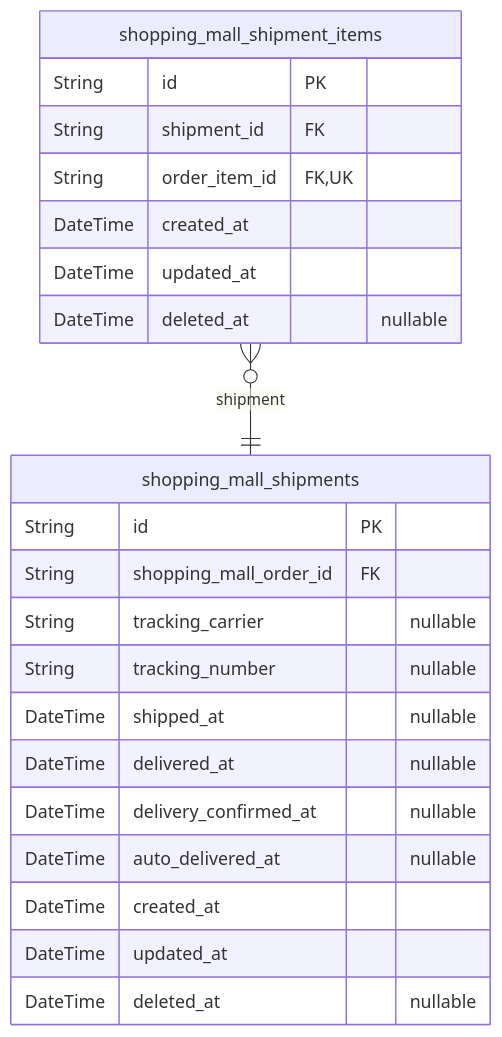
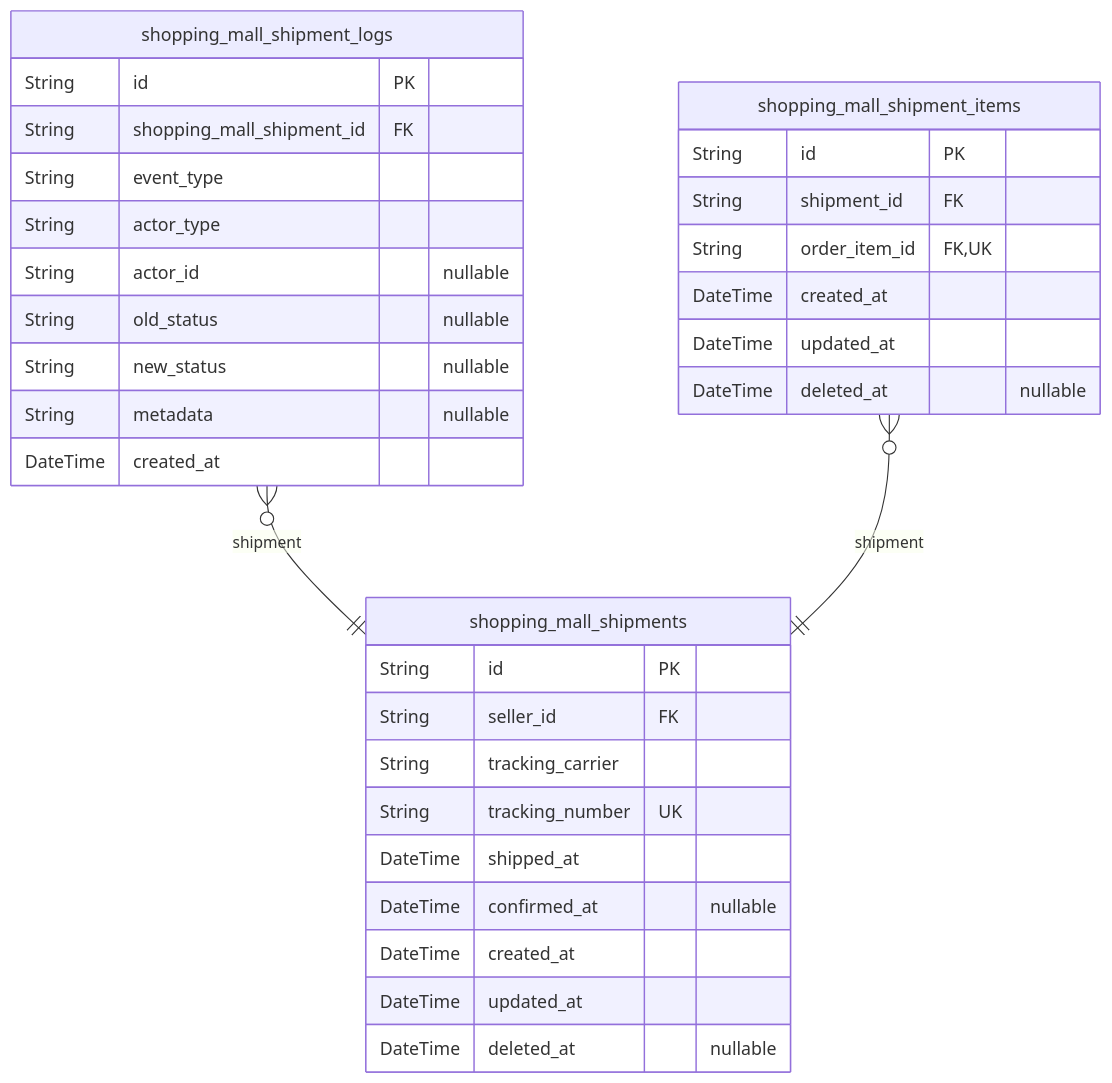
Before and after one commit to wrtnlabs/autobe-examples: the tenth of 14 diagrams in qwen/qwen3.5-397b-a17b/shopping/docs/ERD.md, drawn with Mermaid. The commit also changed other lines of this file and 9017 other files, not shown here.

````diff
--- a/qwen/qwen3.5-397b-a17b/shopping/docs/ERD.md
+++ b/qwen/qwen3.5-397b-a17b/shopping/docs/ERD.md
@@ -1139,25 +1330,35 @@
 ```mermaid
 erDiagram
 "shopping_mall_shipments" {
   String id PK
-  String shopping_mall_order_id FK
-  String tracking_carrier "nullable"
-  String tracking_number "nullable"
-  DateTime shipped_at "nullable"
-  DateTime delivered_at "nullable"
-  DateTime delivery_confirmed_at "nullable"
-  DateTime auto_delivered_at "nullable"
+  String seller_id FK
+  String tracking_carrier
+  String tracking_number UK
+  DateTime shipped_at
+  DateTime confirmed_at "nullable"
   DateTime created_at
   DateTime updated_at
   DateTime deleted_at "nullable"
+}
+"shopping_mall_shipment_logs" {
+  String id PK
+  String shopping_mall_shipment_id FK
+  String event_type
+  String actor_type
+  String actor_id "nullable"
+  String old_status "nullable"
+  String new_status "nullable"
+  String metadata "nullable"
+  DateTime created_at
 }
 "shopping_mall_shipment_items" {
   String id PK
   String shipment_id FK
   String order_item_id FK,UK
   DateTime created_at
   DateTime updated_at
   DateTime deleted_at "nullable"
 }
+"shopping_mall_shipment_logs" }o--|| "shopping_mall_shipments" : shipment
 "shopping_mall_shipment_items" }o--|| "shopping_mall_shipments" : shipment
 ```
````
